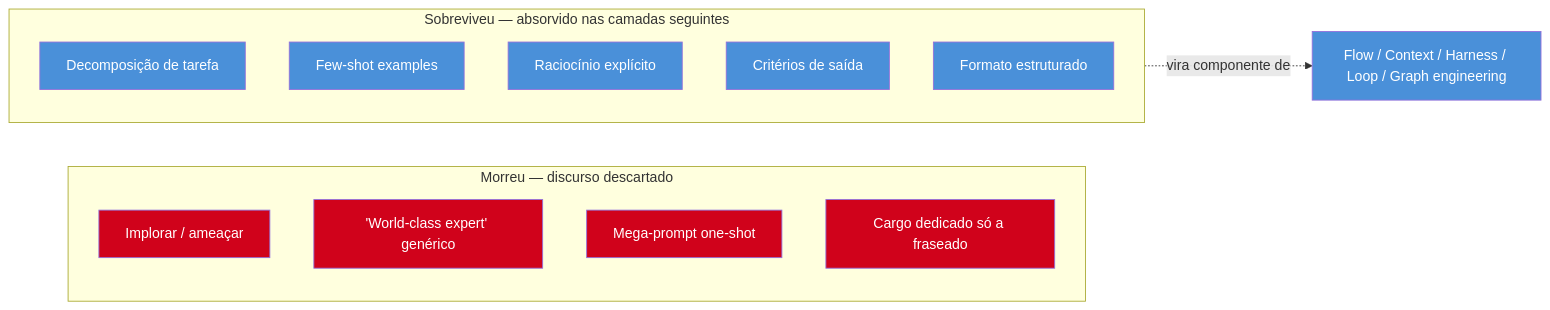
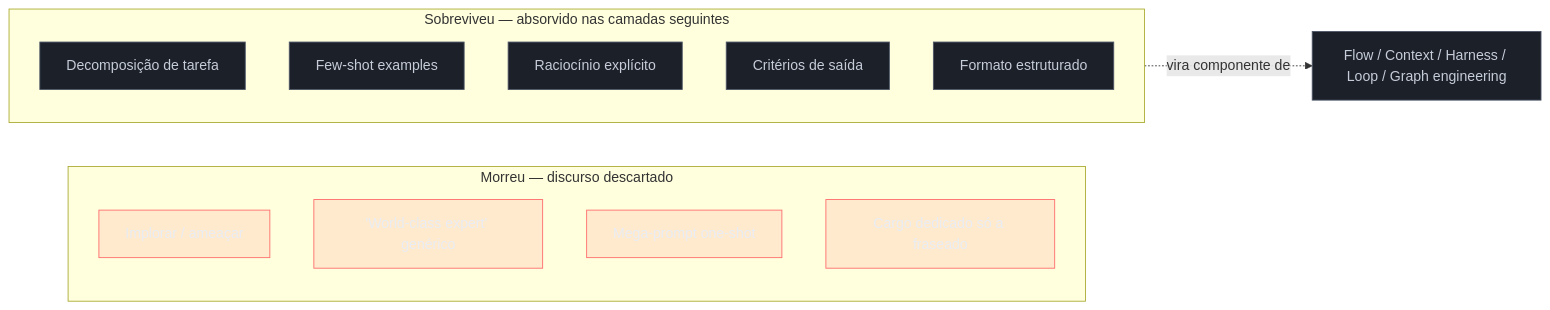
One commit to josenaldo/codex-technomanticus changed the second of 2 diagrams in 03-Dominios/Tecnologia/IA/Evolução da Engenharia de IA/02 - Prompt engineering — o que morreu e o que sobrou.md. Above: the diagram before and after it, drawn with Mermaid. The commit also changed other lines of this file and 1181 other files, not shown here.

First line of the commit message:
fix(diagramas): paleta do sistema no lugar de cor cravada no markdown

````diff
--- a/03-Dominios/Tecnologia/IA/Evolução da Engenharia de IA/02 - Prompt engineering — o que morreu e o que sobrou.md
+++ b/03-Dominios/Tecnologia/IA/Evolução da Engenharia de IA/02 - Prompt engineering — o que morreu e o que sobrou.md
@@ -191,28 +194,30 @@
 ```mermaid
 graph LR
+    classDef falha fill:#FF6B6B24,stroke:#FF6B6B,color:#E9ECF2
+    classDef neutro fill:#1B2029,stroke:#4E5666,color:#C6CCD8
     subgraph M["Morreu — discurso descartado"]
         T1["Implorar / ameaçar"]
         T2["'World-class expert' genérico"]
         T3["Mega-prompt one-shot"]
         T4["Cargo dedicado só a fraseado"]
     end
     subgraph S["Sobreviveu — absorvido nas camadas seguintes"]
         F1["Decomposição de tarefa"]
         F2["Few-shot examples"]
         F3["Raciocínio explícito"]
         F4["Critérios de saída"]
         F5["Formato estruturado"]
     end
     S -.->|"vira componente de"| C["Flow / Context / Harness / Loop / Graph engineering"]
 
-    style T1 fill:#D0021B,color:#fff
-    style T2 fill:#D0021B,color:#fff
-    style T3 fill:#D0021B,color:#fff
-    style T4 fill:#D0021B,color:#fff
-    style F1 fill:#4A90D9,color:#fff
-    style F2 fill:#4A90D9,color:#fff
-    style F3 fill:#4A90D9,color:#fff
-    style F4 fill:#4A90D9,color:#fff
-    style F5 fill:#4A90D9,color:#fff
-    style C fill:#4A90D9,color:#fff
+    class T1 falha
+    class T2 falha
+    class T3 falha
+    class T4 falha
+    class F1 neutro
+    class F2 neutro
+    class F3 neutro
+    class F4 neutro
+    class F5 neutro
+    class C neutro
 ```
````
